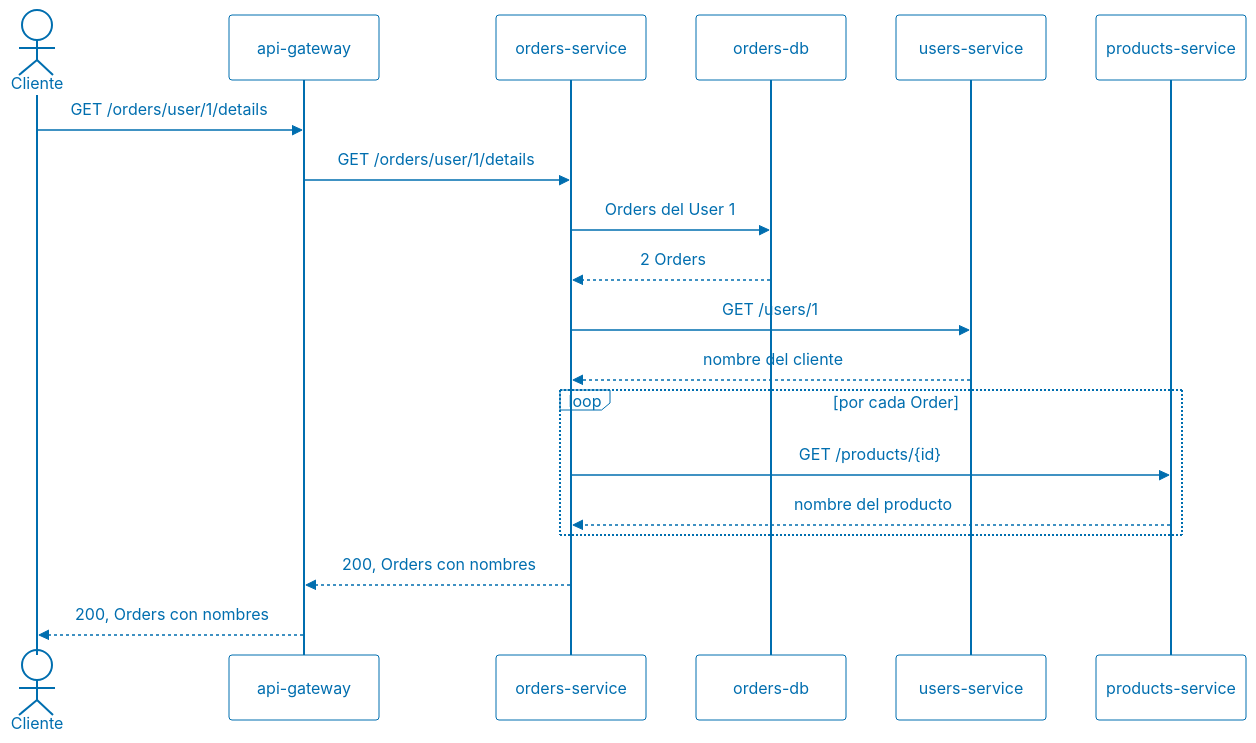
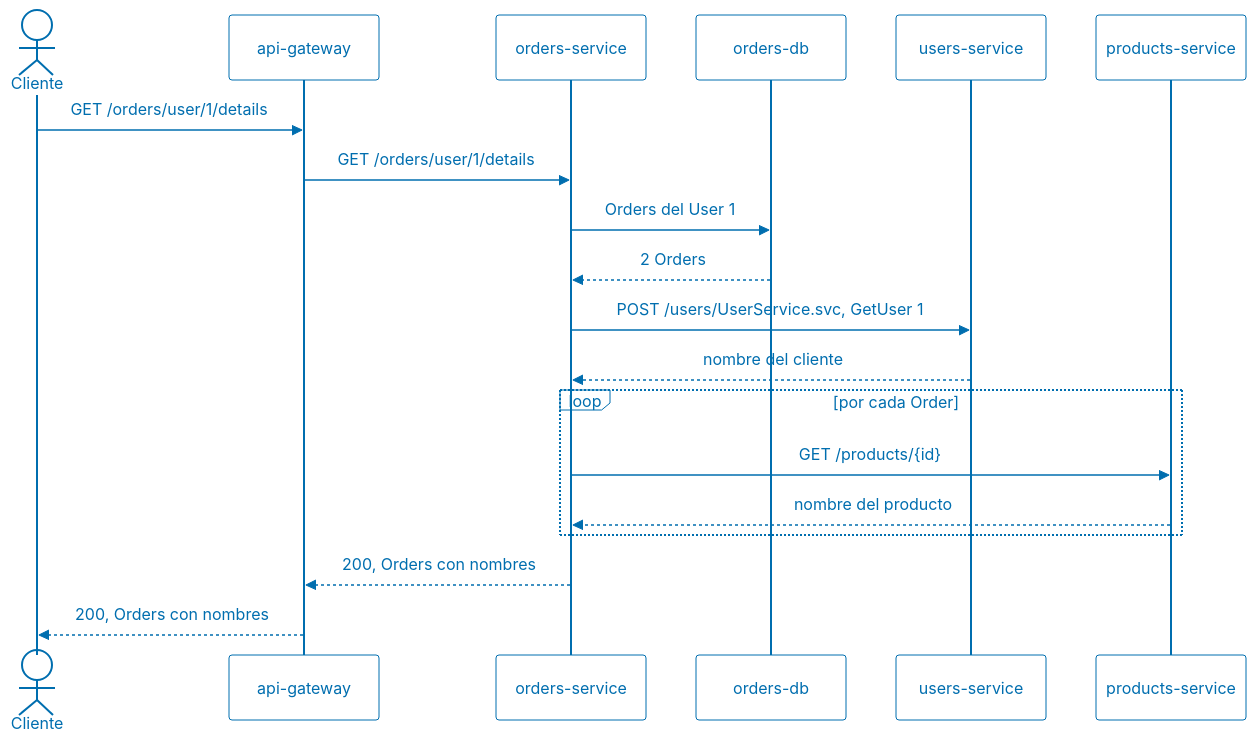
One commit to ucudal/ANDIS2_UT4_DEMO1 changed the first of 2 diagrams in ARCHITECTURE.md. Above: the diagram before and after it, drawn with Mermaid. The commit also changed other lines of this file and 15 other files, not shown here.

Commit message:
Using SOAP instead of REST in UsersService

````diff
--- a/ARCHITECTURE.md
+++ b/ARCHITECTURE.md
@@ -56,53 +56,53 @@
 ```mermaid
 ---
 config:
   theme: base
   themeVariables:
     fontSize: 14px
     background: transparent
     mainBkg: transparent
     secondaryColor: transparent
     tertiaryColor: transparent
     clusterBkg: transparent
     clusterBorder: '#006EAF'
     edgeLabelBackground: transparent
     primaryTextColor: '#006EAF'
     primaryBorderColor: '#006EAF'
     nodeBorder: '#006EAF'
     textColor: '#006EAF'
     titleColor: '#006EAF'
     lineColor: '#006EAF'
     actorBkg: transparent
     actorBorder: '#006EAF'
     actorTextColor: '#006EAF'
     actorLineColor: '#006EAF'
     signalColor: '#006EAF'
     signalTextColor: '#006EAF'
     labelBoxBkgColor: transparent
     labelBoxBorderColor: '#006EAF'
     labelTextColor: '#006EAF'
     loopTextColor: '#006EAF'
     useGradient: false
     dropShadow: false
 ---
 sequenceDiagram
     actor C as Cliente
     participant GW as api-gateway
     participant O as orders-service
     participant ODB as orders-db
     participant U as users-service
     participant P as products-service
 
     C->>GW: GET /orders/user/1/details
     GW->>O: GET /orders/user/1/details
     O->>ODB: Orders del User 1
     ODB-->>O: 2 Orders
-    O->>U: GET /users/1
+    O->>U: POST /users/UserService.svc, GetUser 1
     U-->>O: nombre del cliente
     loop por cada Order
         O->>P: GET /products/{id}
         P-->>O: nombre del producto
     end
     O-->>GW: 200, Orders con nombres
     GW-->>C: 200, Orders con nombres
 ```
````
